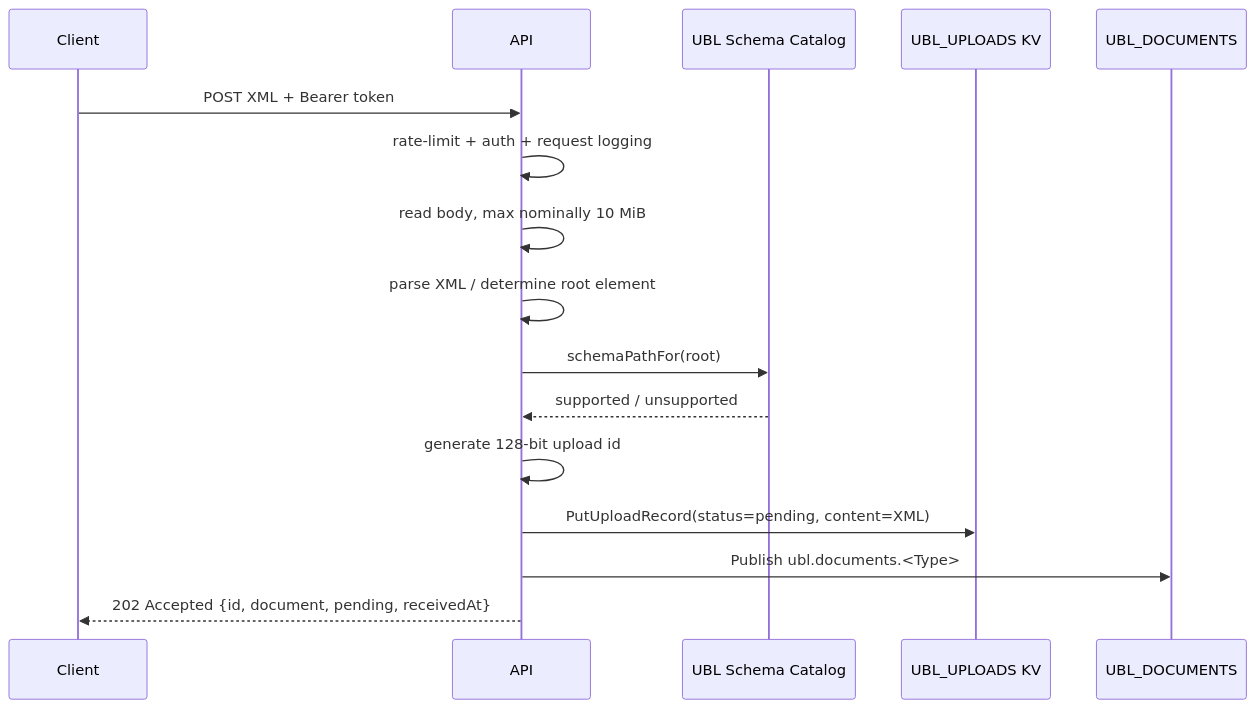
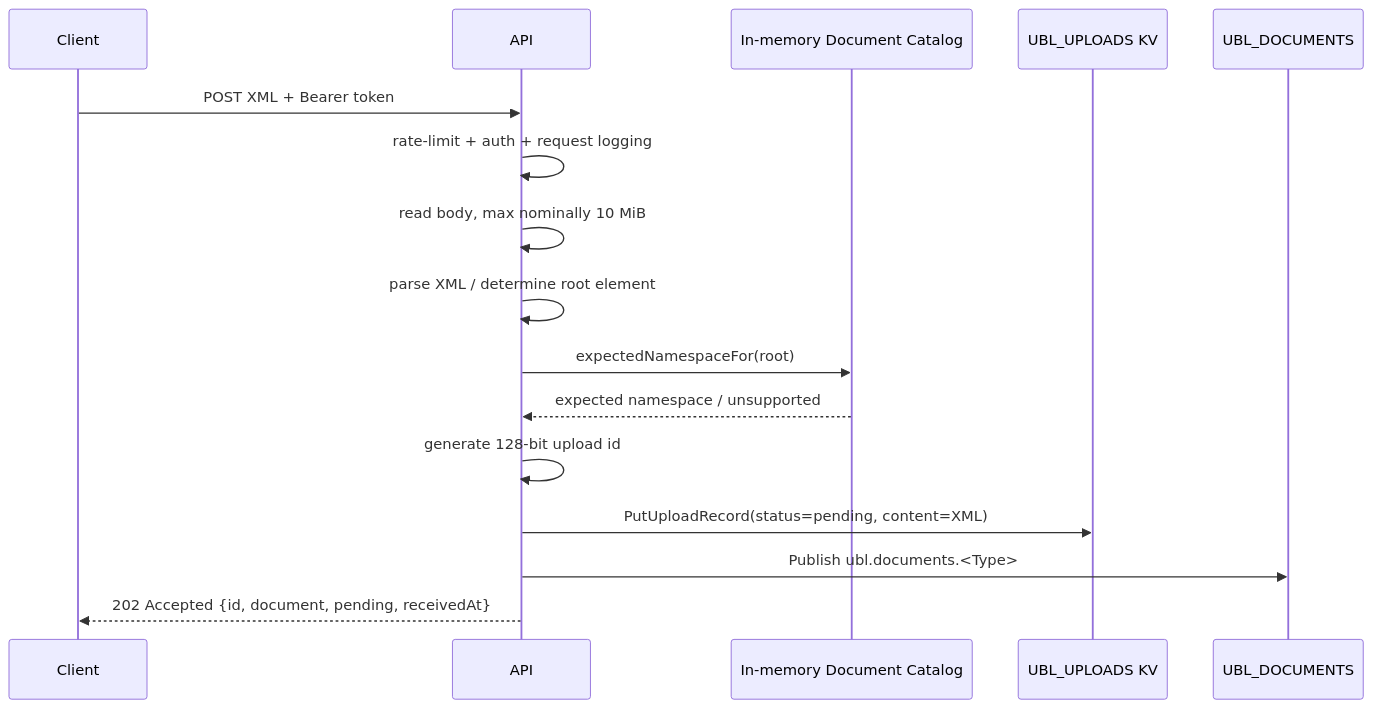
One commit to PaddyFrenchman/e-ubl21 changed the second of 4 diagrams in SERVER-DATAFLOW-2026-08-24.md. Above: the diagram before and after it, drawn with Mermaid. The commit also changed other lines of this file and 14 other files, not shown here.

````diff
--- a/SERVER-DATAFLOW-2026-08-24.md
+++ b/SERVER-DATAFLOW-2026-08-24.md
@@ -258,19 +258,19 @@
 ```mermaid
 sequenceDiagram
     participant Client
     participant API
-    participant Catalog as UBL Schema Catalog
+    participant Catalog as In-memory Document Catalog
     participant KV as UBL_UPLOADS KV
     participant JS as UBL_DOCUMENTS
 
     Client->>API: POST XML + Bearer token
     API->>API: rate-limit + auth + request logging
     API->>API: read body, max nominally 10 MiB
     API->>API: parse XML / determine root element
-    API->>Catalog: schemaPathFor(root)
-    Catalog-->>API: supported / unsupported
+    API->>Catalog: expectedNamespaceFor(root)
+    Catalog-->>API: expected namespace / unsupported
     API->>API: generate 128-bit upload id
     API->>KV: PutUploadRecord(status=pending, content=XML)
     API->>JS: Publish ubl.documents.<Type>
     API-->>Client: 202 Accepted {id, document, pending, receivedAt}
 ```
````
